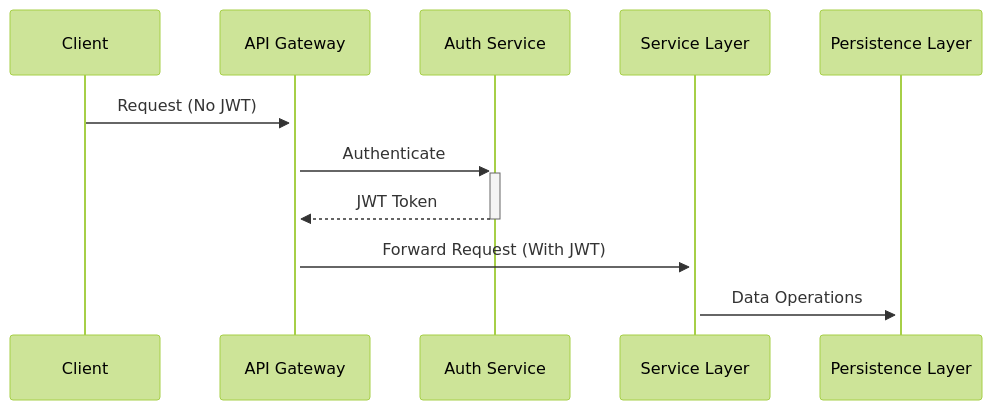
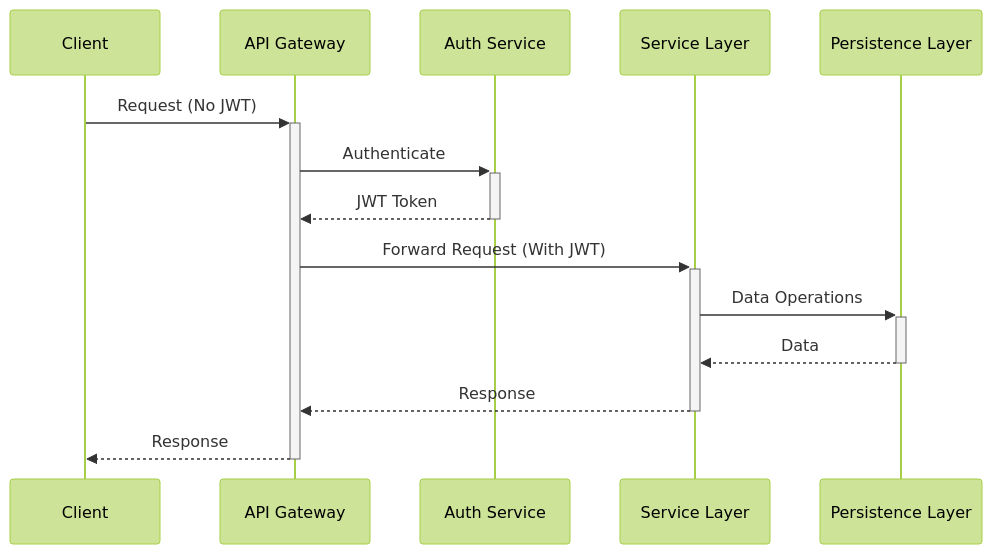
One commit to aharoJ/barbershop changed the third of 5 diagrams in backend/README.md. Above: the diagram before and after it, drawn with Mermaid (forest theme). The commit also changed other lines of this file and 2 other files, not shown here.

````diff
--- a/backend/README.md
+++ b/backend/README.md
@@ -20,8 +73,11 @@
 ```mermaid
 sequenceDiagram
     Client->>+API Gateway: Request (No JWT)
     API Gateway->>+Auth Service: Authenticate
     Auth Service-->>-API Gateway: JWT Token
     API Gateway->>+Service Layer: Forward Request (With JWT)
     Service Layer->>+Persistence Layer: Data Operations
+    Persistence Layer-->>-Service Layer: Data
+    Service Layer-->>-API Gateway: Response
+    API Gateway-->>-Client: Response
 ```
````
